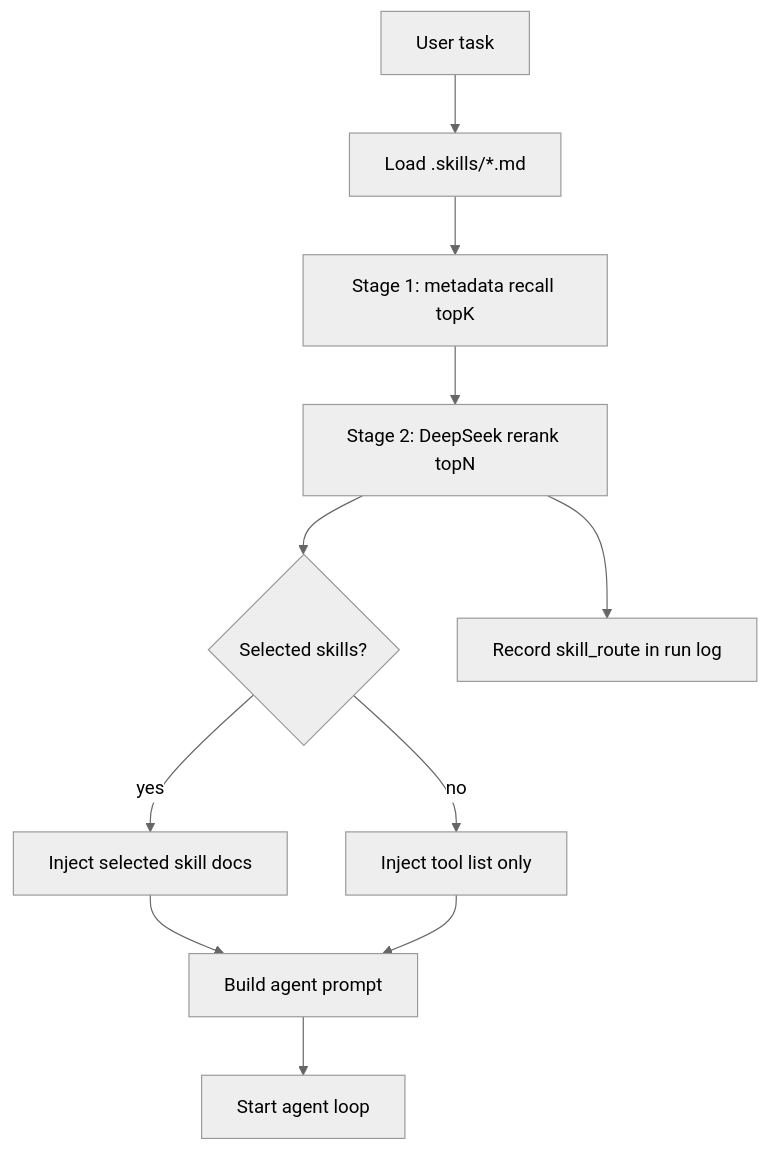
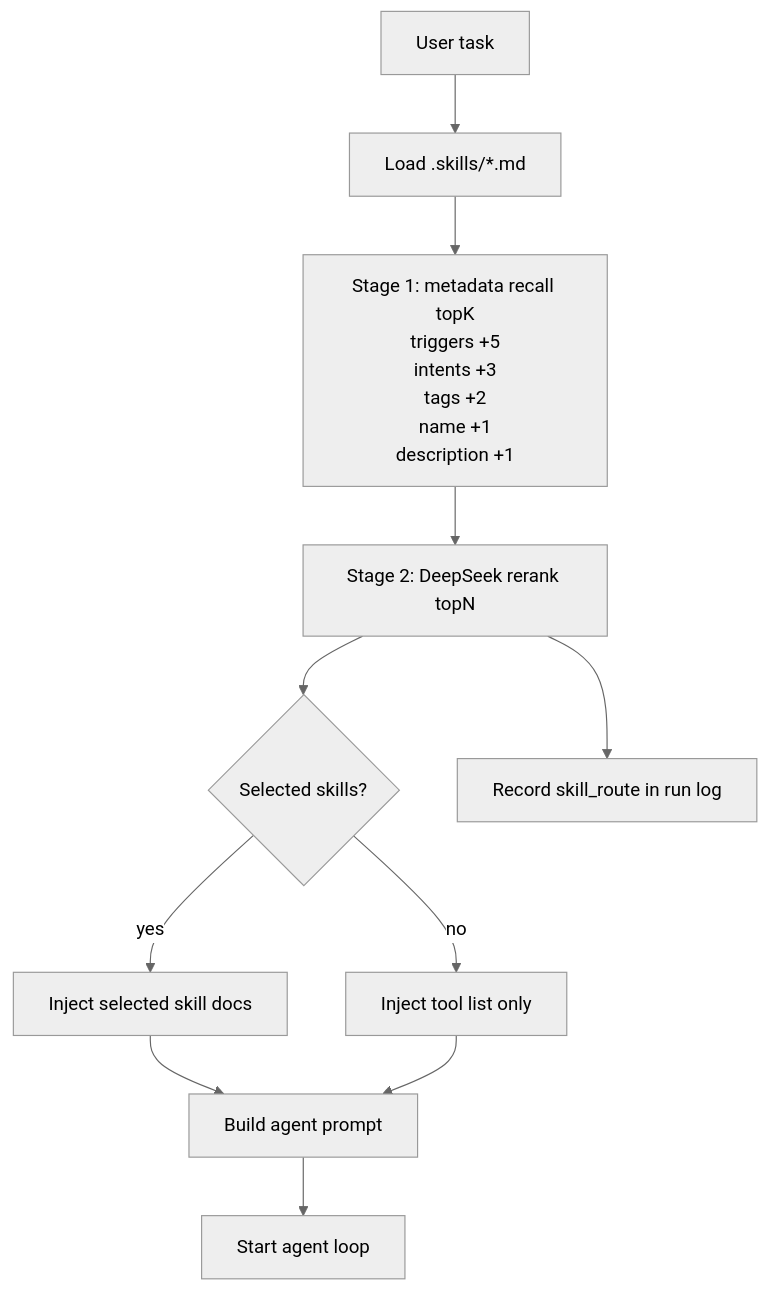
The third of 3 diagrams in README.md (Cachuela11/MiniCode), drawn with Mermaid (neutral theme) before and after one commit.

Commit message:
update skills

````diff
--- a/README.md
+++ b/README.md
@@ -139,13 +139,13 @@
 ```mermaid
 flowchart TD
     A[User task] --> B[Load .skills/*.md]
-    B --> C[Stage 1: metadata recall topK]
+    B --> C[Stage 1: metadata recall topK<br/>triggers +5<br/>intents +3<br/>tags +2<br/>name +1<br/>description +1]
     C --> D[Stage 2: DeepSeek rerank topN]
     D --> E{Selected skills?}
     E -->|yes| F[Inject selected skill docs]
     E -->|no| G[Inject tool list only]
     F --> H[Build agent prompt]
     G --> H
     D --> I[Record skill_route in run log]
     H --> J[Start agent loop]
 ```
````
